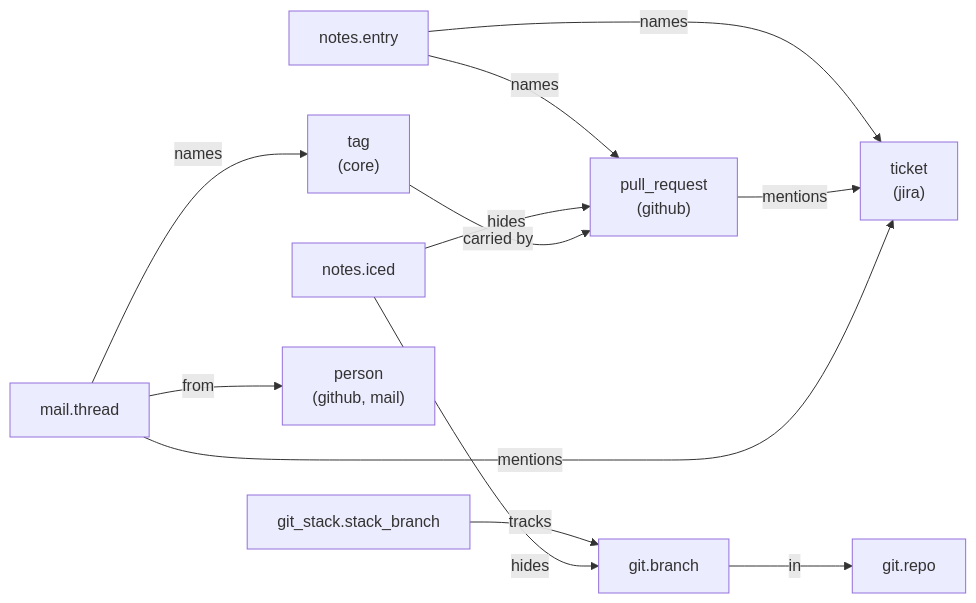
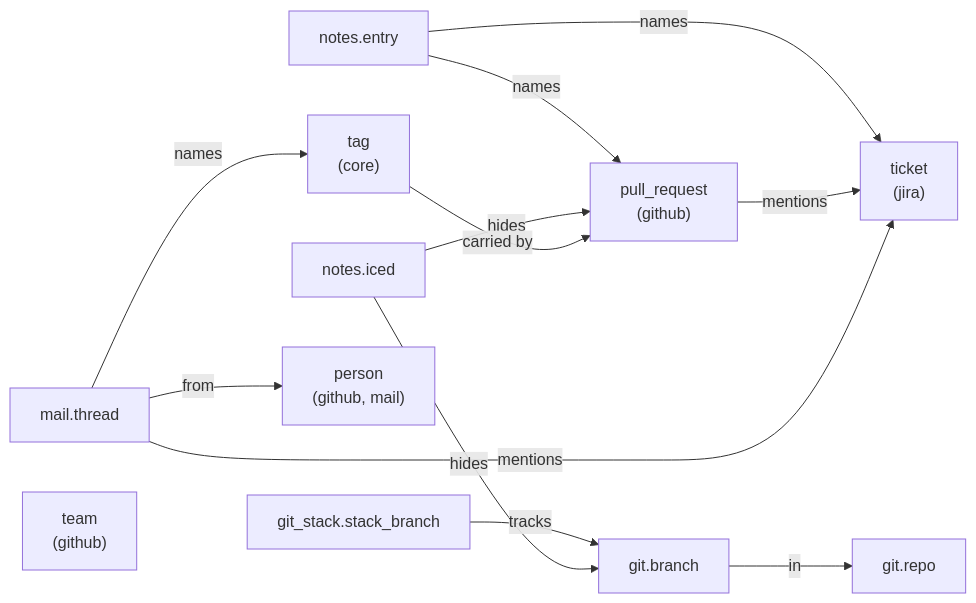
Before and after one commit to benekastah/move-forward: the first of 4 diagrams in docs/graph.md, drawn with Mermaid. The commit also changed 23 other files, not shown here.

````diff
--- a/docs/graph.md
+++ b/docs/graph.md
@@ -40,14 +40,15 @@
 ```mermaid
 flowchart LR
     entry["notes.entry"] -->|names| pr["pull_request<br/>(github)"]
     entry -->|names| ticket["ticket<br/>(jira)"]
     pr -->|mentions| ticket
     branch["git.branch"] -->|in| repo["git.repo"]
     stack_branch["git_stack.stack_branch"] -->|tracks| branch
     ice["notes.iced"] -->|hides| branch
     ice -->|hides| pr
     thread["mail.thread"] -->|from| person["person<br/>(github, mail)"]
     thread -->|mentions| ticket
     tag["tag<br/>(core)"] -->|carried by| pr
     thread -->|names| tag
+    team["team<br/>(github)"]
 ```
````
